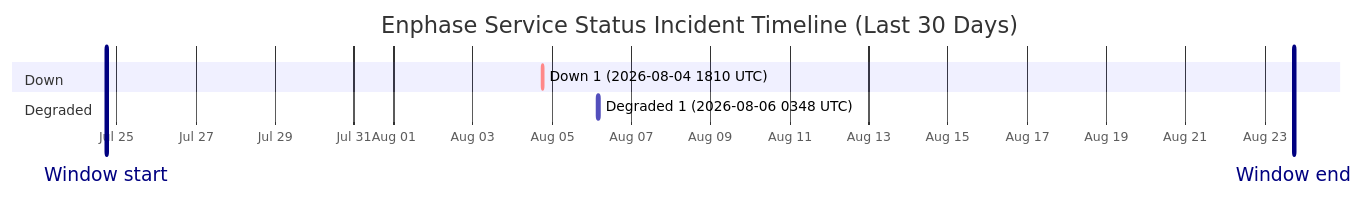
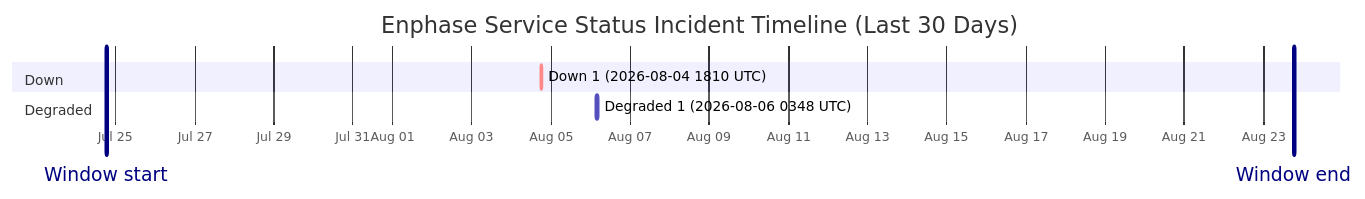
One commit to barneyonline/ha-enphase-energy changed the diagram in wiki/Service-Status-History.md. Above: the diagram before and after it, drawn with Mermaid. The commit also changed other lines of this file and 3 other files, not shown here.

````diff
--- a/wiki/Service-Status-History.md
+++ b/wiki/Service-Status-History.md
@@ -14,12 +14,12 @@
 ```mermaid
 gantt
     title Enphase Service Status Incident Timeline (Last 30 Days)
     dateFormat  YYYY-MM-DDTHH:mm:ss
     axisFormat  %b %d
-    Window start :vert, window-start, 2026-07-24T17:45:04, 0ms
-    Window end :vert, window-end, 2026-08-23T17:45:04, 0ms
+    Window start :vert, window-start, 2026-07-24T18:26:05, 0ms
+    Window end :vert, window-end, 2026-08-23T18:26:05, 0ms
     section Down
     Down 1 (2026-08-04 1810 UTC) :crit, down-1, 2026-08-04T18:10:46, 60m
     section Degraded
     Degraded 1 (2026-08-06 0348 UTC) :active, degraded-1, 2026-08-06T03:48:14, 60m
 ```
````
